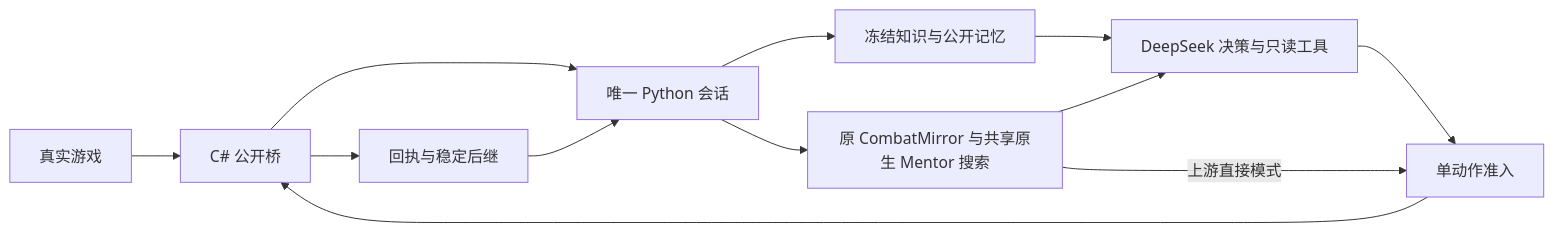
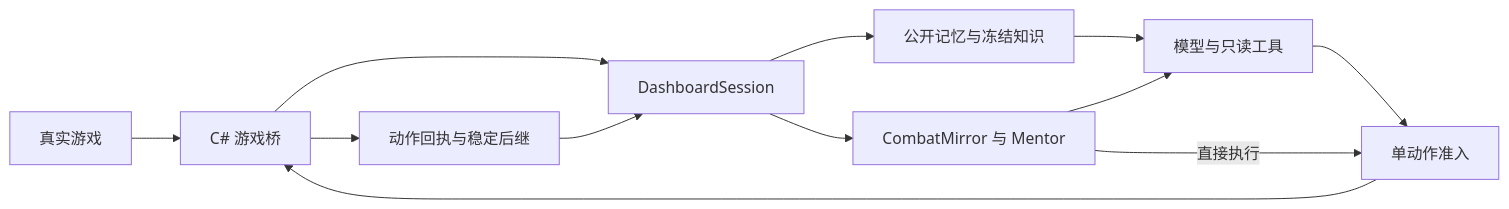
One commit to LostPatrol/SlayTheSpire2-Agent-Expert changed the diagram in docs/architecture-decisions.md. Above: the diagram before and after it, drawn with Mermaid. The commit also changed other lines of this file and 10 other files, not shown here.

````diff
--- a/docs/architecture-decisions.md
+++ b/docs/architecture-decisions.md
@@ -6,14 +6,14 @@
 ```mermaid
 flowchart LR
-  G[真实游戏] --> B[C# 公开桥]
-  B --> S[唯一 Python 会话]
-  S --> K[冻结知识与公开记忆]
-  S --> M[原 CombatMirror 与共享原生 Mentor 搜索]
-  K --> L[DeepSeek 决策与只读工具]
+  G[真实游戏] --> B[C# 游戏桥]
+  B --> S[DashboardSession]
+  S --> K[公开记忆与冻结知识]
+  S --> M[CombatMirror 与 Mentor]
+  K --> L[模型与只读工具]
   M --> L
-  M -->|上游直接模式| A
-  L --> A[单动作准入]
+  M -->|直接执行| A[单动作准入]
+  L --> A
   A --> B
-  B --> R[回执与稳定后继]
+  B --> R[动作回执与稳定后继]
   R --> S
 ```
````
